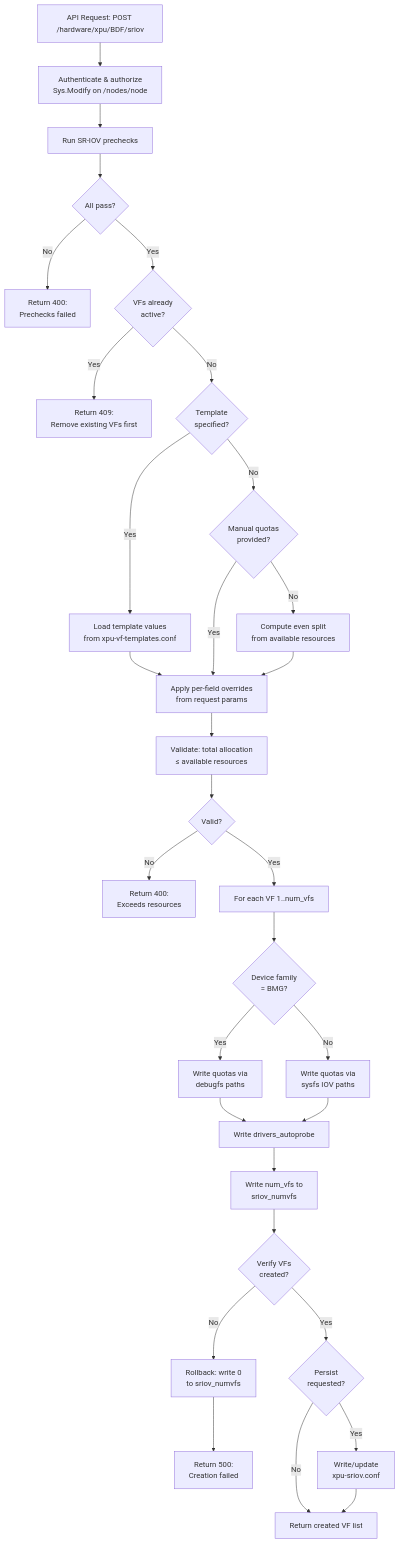
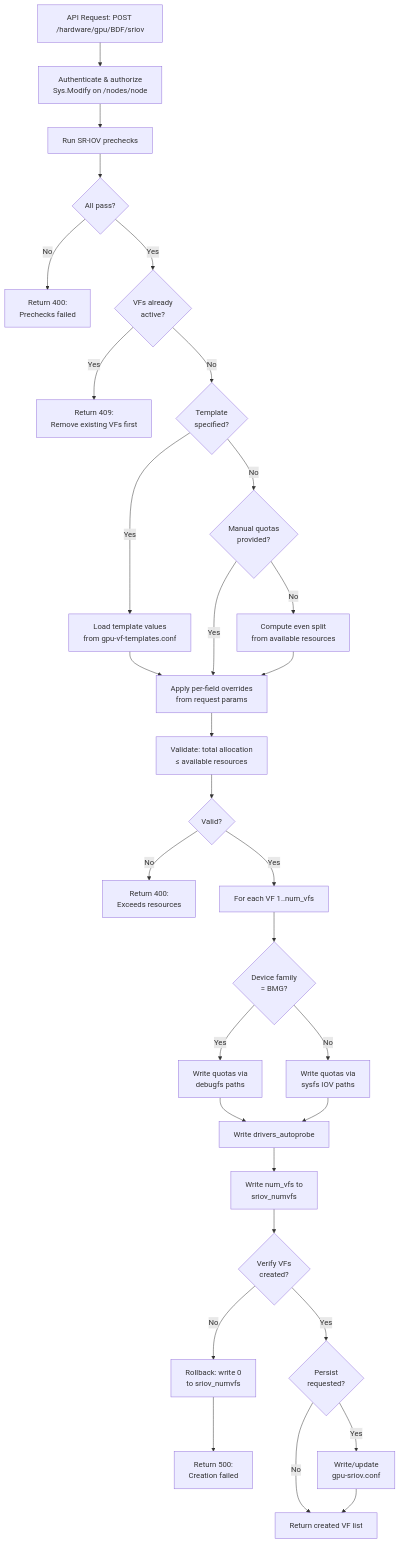
The third of 11 diagrams in docs/designs.md (Azerothian/pmx-gpu-manager), drawn with Mermaid before and after one commit. The commit also changed other lines of this file and 17 other files, not shown here.

First line of the commit message:
Rename Perl modules and API routes from XPU to GPU

````diff
--- a/docs/designs.md
+++ b/docs/designs.md
@@ -210,33 +210,33 @@
 ```mermaid
 flowchart TD
-    A[API Request: POST /hardware/xpu/BDF/sriov] --> B[Authenticate & authorize<br/>Sys.Modify on /nodes/node]
+    A[API Request: POST /hardware/gpu/BDF/sriov] --> B[Authenticate & authorize<br/>Sys.Modify on /nodes/node]
     B --> C[Run SR-IOV prechecks]
     C --> C1{All pass?}
     C1 -- No --> C2[Return 400:<br/>Prechecks failed]
     C1 -- Yes --> D{VFs already<br/>active?}
     D -- Yes --> D1[Return 409:<br/>Remove existing VFs first]
     D -- No --> E{Template<br/>specified?}
-    E -- Yes --> F[Load template values<br/>from xpu-vf-templates.conf]
+    E -- Yes --> F[Load template values<br/>from gpu-vf-templates.conf]
     F --> G[Apply per-field overrides<br/>from request params]
     E -- No --> G1{Manual quotas<br/>provided?}
     G1 -- Yes --> G
     G1 -- No --> G2[Compute even split<br/>from available resources]
     G2 --> G
     G --> H[Validate: total allocation<br/>≤ available resources]
     H --> H1{Valid?}
     H1 -- No --> H2[Return 400:<br/>Exceeds resources]
     H1 -- Yes --> I[For each VF 1..num_vfs]
     I --> J{Device family<br/>= BMG?}
     J -- Yes --> K[Write quotas via<br/>debugfs paths]
     J -- No --> L[Write quotas via<br/>sysfs IOV paths]
     K --> M[Write drivers_autoprobe]
     L --> M
     M --> N[Write num_vfs to<br/>sriov_numvfs]
     N --> O{Verify VFs<br/>created?}
     O -- No --> P[Rollback: write 0<br/>to sriov_numvfs]
     P --> P1[Return 500:<br/>Creation failed]
     O -- Yes --> Q{Persist<br/>requested?}
-    Q -- Yes --> R[Write/update<br/>xpu-sriov.conf]
+    Q -- Yes --> R[Write/update<br/>gpu-sriov.conf]
     Q -- No --> S[Return created VF list]
     R --> S
 ```
````
